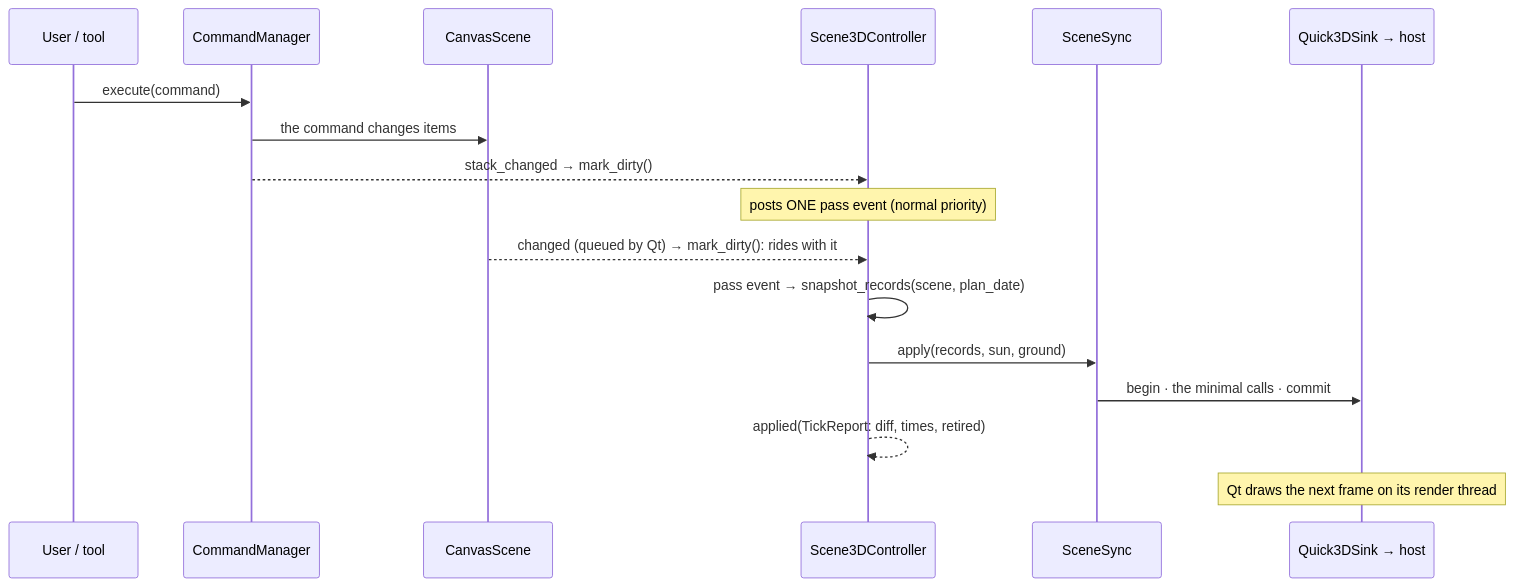
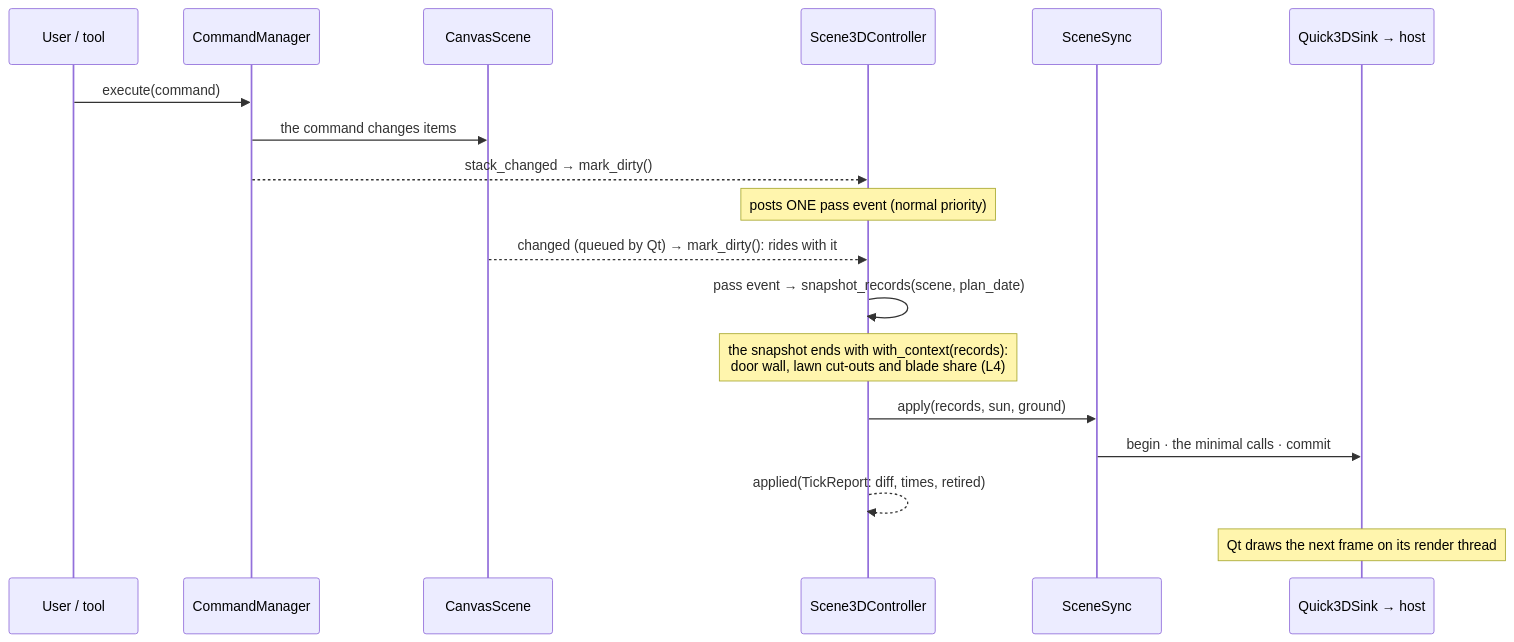
Diagram 16 of 26 in docs/06-runtime-view/README.md (cofade/open-garden-planner), drawn with Mermaid before and after one commit. The commit also changed other lines of this file and 134 other files, not shown here.

````diff
--- a/docs/06-runtime-view/README.md
+++ b/docs/06-runtime-view/README.md
@@ -443,19 +443,20 @@
 ```mermaid
 sequenceDiagram
     participant U as User / tool
     participant C as CommandManager
     participant S as CanvasScene
     participant K as Scene3DController
     participant Y as SceneSync
     participant E as Quick3DSink → host
     U->>C: execute(command)
     C->>S: the command changes items
     C-->>K: stack_changed → mark_dirty()
     Note over K: posts ONE pass event (normal priority)
     S-->>K: changed (queued by Qt) → mark_dirty(): rides with it
     K->>K: pass event → snapshot_records(scene, plan_date)
+    Note over K: the snapshot ends with with_context(records):<br/>door wall, lawn cut-outs and blade share (L4)
     K->>Y: apply(records, sun, ground)
     Y->>E: begin · the minimal calls · commit
     K-->>K: applied(TickReport: diff, times, retired)
     Note over E: Qt draws the next frame on its render thread
 ```
````
